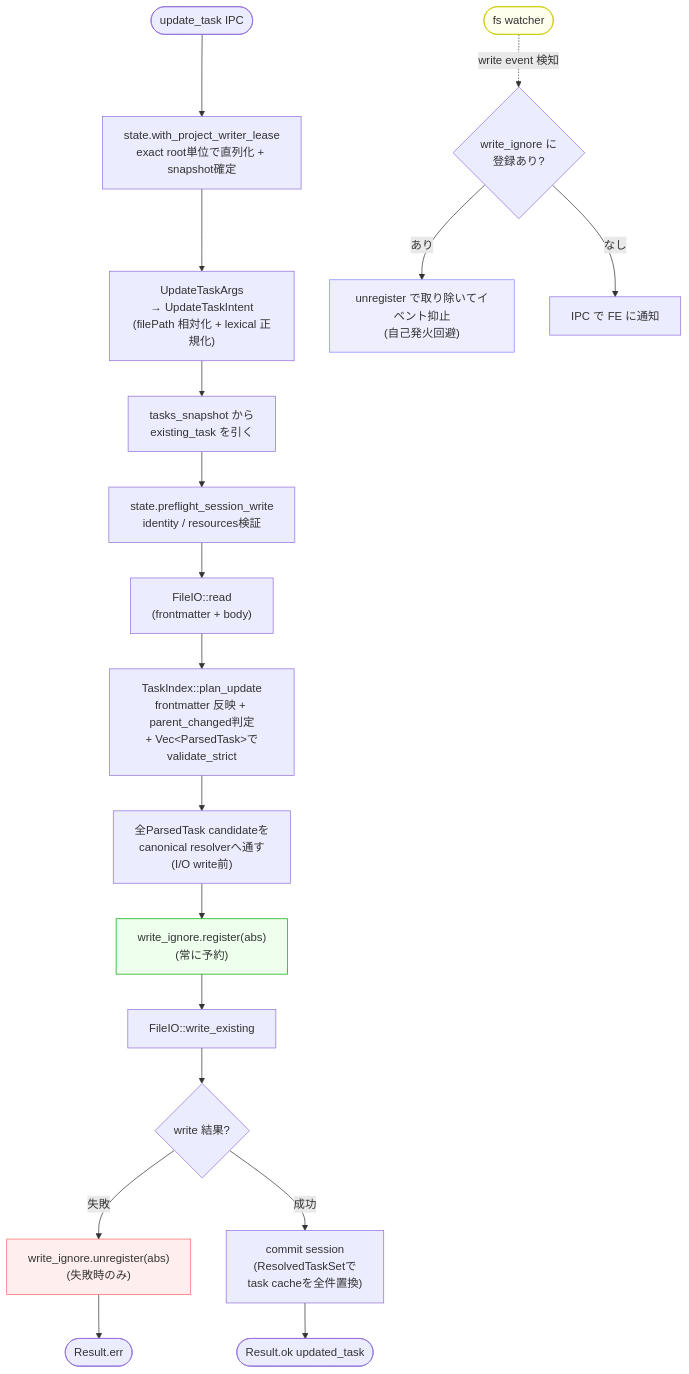
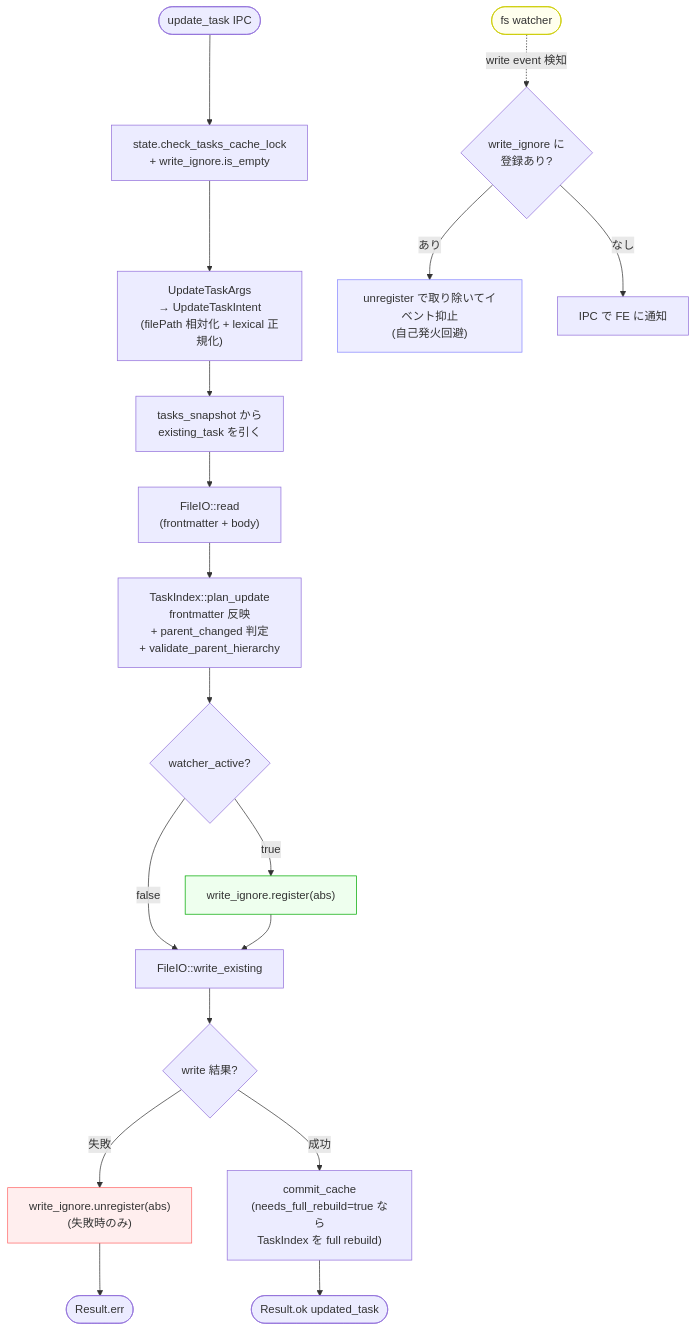
One commit to DIO0550/spec-board changed the fourth of 4 diagrams in docs/impl/dnd-current-state.md. Above: the diagram before and after it, drawn with Mermaid. The commit also changed other lines of this file and 8 other files, not shown here.

````diff
--- a/docs/impl/dnd-current-state.md
+++ b/docs/impl/dnd-current-state.md
@@ -249,26 +243,26 @@
 ```mermaid
 flowchart TD
-    IN([update_task IPC]) --> LEASE["state.with_project_writer_lease<br/>exact root単位で直列化 + snapshot確定"]
-    LEASE --> ARG["UpdateTaskArgs<br/>→ UpdateTaskIntent<br/>(filePath 相対化 + lexical 正規化)"]
+    IN([update_task IPC]) --> CHK["state.check_tasks_cache_lock<br/>+ write_ignore.is_empty"]
+    CHK --> ARG["UpdateTaskArgs<br/>→ UpdateTaskIntent<br/>(filePath 相対化 + lexical 正規化)"]
     ARG --> SNAP["tasks_snapshot から<br/>existing_task を引く"]
-    SNAP --> PREFLIGHT["state.preflight_session_write<br/>identity / resources検証"]
-    PREFLIGHT --> READ["FileIO::read<br/>(frontmatter + body)"]
-    READ --> PU["TaskIndex::plan_update<br/>frontmatter 反映 + parent_changed判定<br/>+ Vec&lt;ParsedTask&gt;でvalidate_strict"]
-    PU --> RESOLVE["全ParsedTask candidateを<br/>canonical resolverへ通す<br/>(I/O write前)"]
-    RESOLVE --> REG["write_ignore.register(abs)<br/>(常に予約)"]
+    SNAP --> READ["FileIO::read<br/>(frontmatter + body)"]
+    READ --> PU["TaskIndex::plan_update<br/>frontmatter 反映<br/>+ parent_changed 判定<br/>+ validate_parent_hierarchy"]
+    PU --> WA{"watcher_active?"}
+    WA -->|true| REG["write_ignore.register(abs)"]
+    WA -->|false| WRITE
     REG --> WRITE["FileIO::write_existing"]
     WRITE --> WR{"write 結果?"}
     WR -->|失敗| UNREG["write_ignore.unregister(abs)<br/>(失敗時のみ)"]
     UNREG --> ERR([Result.err])
-    WR -->|成功| CC["commit session<br/>(ResolvedTaskSetで<br/>task cacheを全件置換)"]
+    WR -->|成功| CC["commit_cache<br/>(needs_full_rebuild=true なら<br/>TaskIndex を full rebuild)"]
     CC --> OK([Result.ok updated_task])
 
     WATCHER([fs watcher]) -.write event 検知.-> CONSUME{"write_ignore に<br/>登録あり?"}
     CONSUME -->|あり| SKIP["unregister で取り除いてイベント抑止<br/>(自己発火回避)"]
     CONSUME -->|なし| EMIT["IPC で FE に通知"]
 
     style REG fill:#efe,stroke:#0a0
     style UNREG fill:#fee,stroke:#f66
     style SKIP fill:#eef,stroke:#88f
     style WATCHER fill:#ffe,stroke:#cc0
 ```
````
